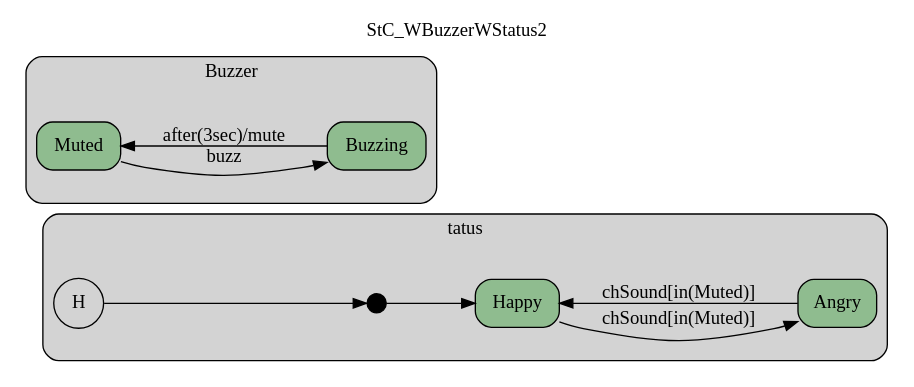
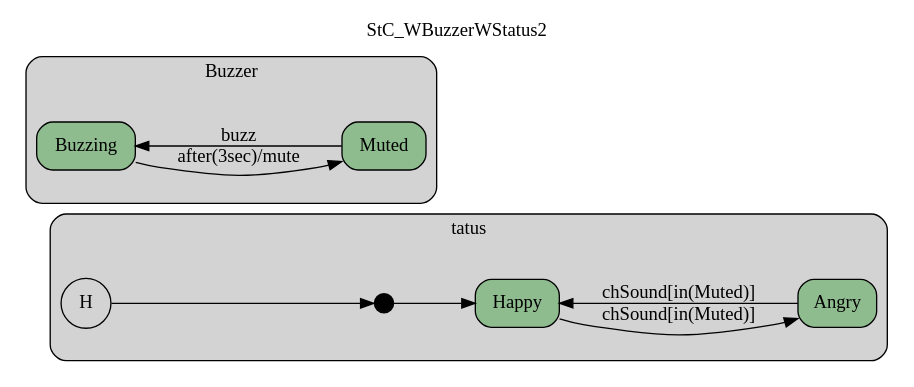
The diagram in Haskell/Statecharts/Examples/img/StC_WBuzzerWStatus2.gv (namalio/Fragmenta), drawn with Graphviz before and after one commit. The commit also changed other lines of this file and 70 other files, not shown here.

```diff
--- a/Haskell/Statecharts/Examples/img/StC_WBuzzerWStatus2.gv
+++ b/Haskell/Statecharts/Examples/img/StC_WBuzzerWStatus2.gv
@@ -1,32 +1,32 @@
 digraph {
 compound=true;
 rankdir=LR;
 label="StC_WBuzzerWStatus2";
 labelloc=t;
 subgraph cluster_tatus {
 style="filled,rounded";
 label ="tatus";
 fillcolor = lightgray;
+initStatus_St [shape = point,fillcolor=black,height=.2,width=.2,label=""];
+
+Angry [shape=box,fillcolor=darkseagreen,style="filled,rounded",label=Angry];
+Happy [shape=box,fillcolor=darkseagreen,style="filled,rounded",label=Happy];
 hStatus_St [shape = circle,fillcolor=black,label="H"];
 
-Happy [shape=box,fillcolor=darkseagreen,style="filled,rounded",label=Happy];
-Angry [shape=box,fillcolor=darkseagreen,style="filled,rounded",label=Angry];
-initStatus_St [shape = point,fillcolor=black,height=.2,width=.2,label=""];
 
-
+initStatus_St->Happy[label="",  ];
+Happy->Angry[label="chSound[in(Muted)]",  ];
+Angry->Happy[label="chSound[in(Muted)]",  ];
 hStatus_St->initStatus_St[label="",  ];
-Angry->Happy[label="chSound[in(Muted)]",  ];
-Happy->Angry[label="chSound[in(Muted)]",  ];
-initStatus_St->Happy[label="",  ];
 }
 subgraph cluster_Buzzer {
 style="filled,rounded";
 label ="Buzzer";
 fillcolor = lightgray;
+Buzzing [shape=box,fillcolor=darkseagreen,style="filled,rounded",label=Buzzing];
 Muted [shape=box,fillcolor=darkseagreen,style="filled,rounded",label=Muted];
-Buzzing [shape=box,fillcolor=darkseagreen,style="filled,rounded",label=Buzzing];
 
+Buzzing->Muted[label="after(3sec)/mute",  ];
 Muted->Buzzing[label="buzz",  ];
-Buzzing->Muted[label="after(3sec)/mute",  ];
 }
 }
```
